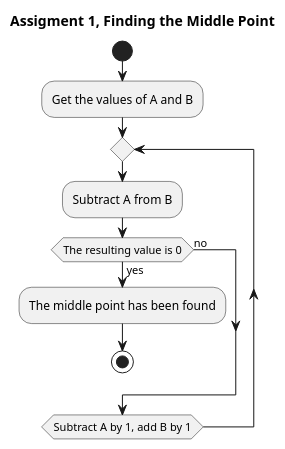
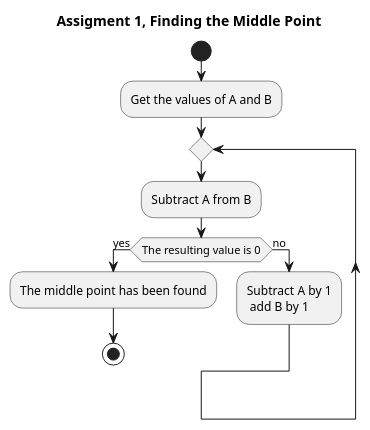
One commit to TobyNatooor/machine-prog-group-1 changed the diagram in diagrams/assignment_1.pu. Above: the diagram before and after it, drawn with PlantUML.

Commit message:
now it's fine

```diff
--- a/diagrams/assignment_1.pu
+++ b/diagrams/assignment_1.pu
@@ -1,30 +1,30 @@
 @startuml assignment_1
 skinparam linetype ortho
 hide empty methods
 hide empty fields
 hide circle
 
 title Assigment 1, Finding the Middle Point
 
 ' class "Get the values of A and B"
 ' diamond "The resulting value is 0"
 
 ' "Get the values of A and B" --> "Subtract A from B"
 ' "Subtract A from B" --> "The resulting value is 0"
 ' "The resulting value is 0" --> "The middle point has been found":true
 ' "The resulting value is 0" --> "Subtract A by 1, add B by 1":false
 ' "Subtract A by 1, add B by 1" --> "Subtract A from B"
 
 start
 :Get the values of A and B;
 repeat
     :Subtract A from B;
     if (The resulting value is 0) then (yes)
         :The middle point has been found;
         stop
     else (no)
+        :Subtract A by 1\n add B by 1;
+    endif
 
-    endif
-repeat while (Subtract A by 1, add B by 1)
 
 @enduml
```
